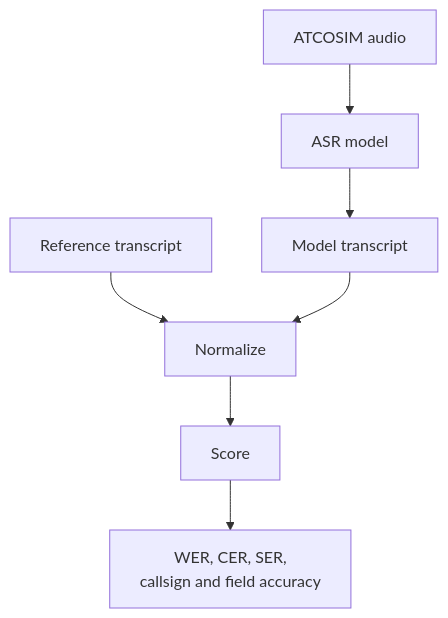
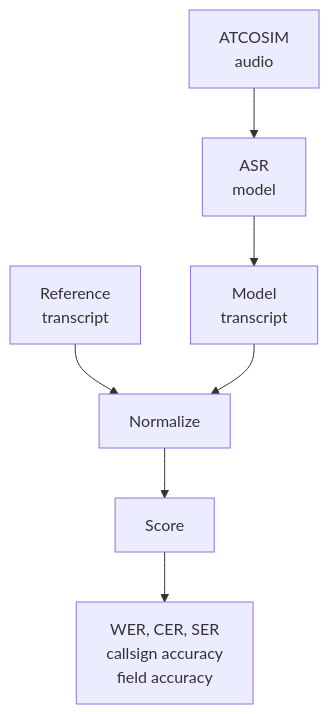
One commit to Photnix/STT-model-evaluation-in-ATC changed the diagram in README.md. Above: the diagram before and after it, drawn with Mermaid. The commit also changed other lines of this file, not shown here.

Commit message:
Update flowchart labels in README.md

````diff
--- a/README.md
+++ b/README.md
@@ -117,8 +117,8 @@
 ```mermaid
 flowchart TD
-    A["ATCOSIM audio"] --> B["ASR model"] --> C["Model transcript"]
-    D["Reference transcript"] --> E["Normalize"]
+    A["ATCOSIM<br/>audio"] --> B["ASR<br/>model"] --> C["Model<br/>transcript"]
+    D["Reference<br/>transcript"] --> E["Normalize"]
     C --> E
     E --> F["Score"]
-    F --> G["WER, CER, SER,<br/>callsign and field accuracy"]
+    F --> G["WER, CER, SER<br/>callsign accuracy<br/>field accuracy"]
 ```
````
